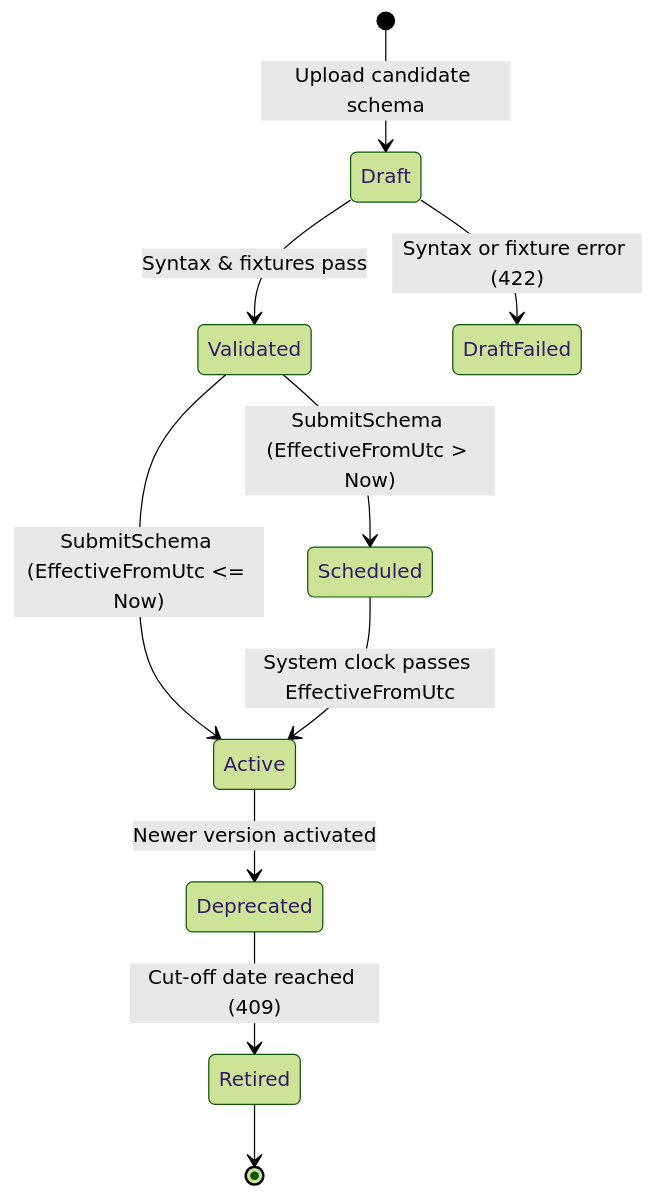
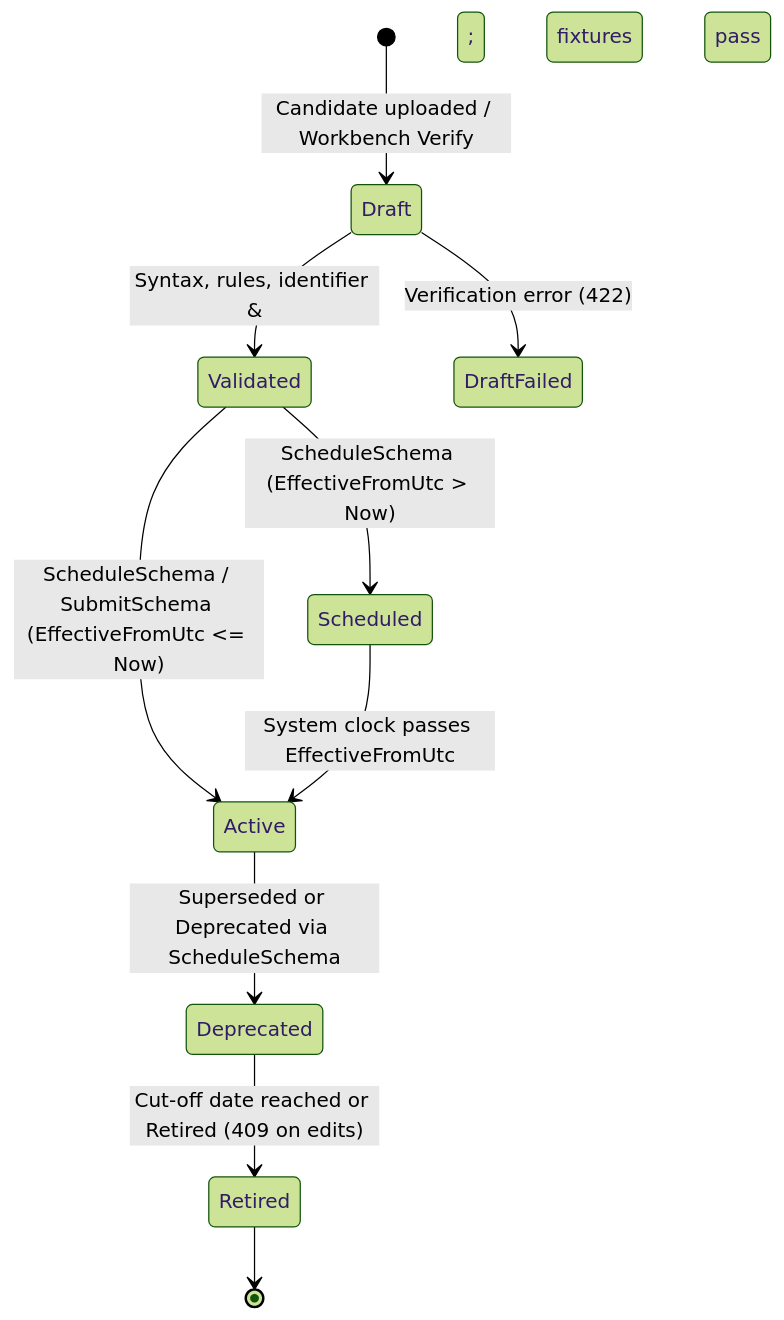
The fourth of 4 diagrams in ARCHITECTURE.md (DFE-Digital/estate-data-collection), drawn with Mermaid (forest theme) before and after one commit. The commit also changed other lines of this file and 10 other files, not shown here.

Commit message:
docs: add ADRs 0017-0022 and update README, architecture, and deployment guides

````diff
--- a/ARCHITECTURE.md
+++ b/ARCHITECTURE.md
@@ -152,16 +165,16 @@
 ```mermaid
 stateDiagram-v2
     direction TB
 
-    [*] --> Draft : Upload candidate schema
-    Draft --> Validated : Syntax & fixtures pass
-    Draft --> DraftFailed : Syntax or fixture error (422)
+    [*] --> Draft : Candidate uploaded / Workbench Verify
+    Draft --> Validated : Syntax, rules, identifier &amp; fixtures pass
+    Draft --> DraftFailed : Verification error (422)
 
-    Validated --> Scheduled : SubmitSchema (EffectiveFromUtc > Now)
-    Validated --> Active : SubmitSchema (EffectiveFromUtc <= Now)
+    Validated --> Scheduled : ScheduleSchema (EffectiveFromUtc > Now)
+    Validated --> Active : ScheduleSchema / SubmitSchema (EffectiveFromUtc <= Now)
 
     Scheduled --> Active : System clock passes EffectiveFromUtc
-    Active --> Deprecated : Newer version activated
-    Deprecated --> Retired : Cut-off date reached (409)
+    Active --> Deprecated : Superseded or Deprecated via ScheduleSchema
+    Deprecated --> Retired : Cut-off date reached or Retired (409 on edits)
     Retired --> [*]
 ```
````
